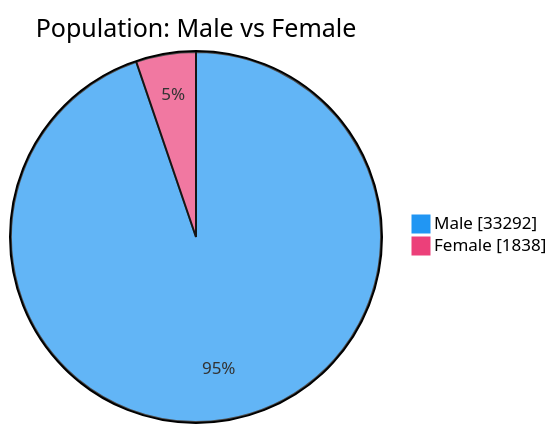
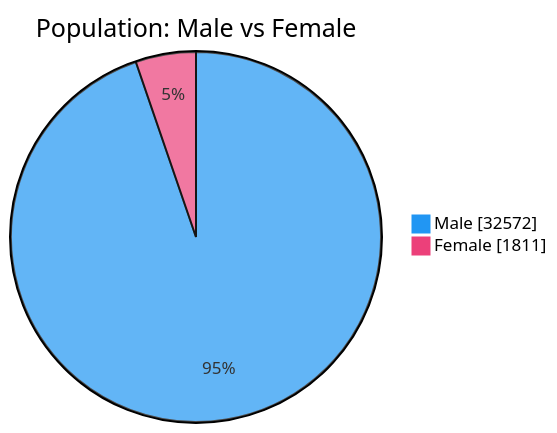
Before and after one commit to nuuuwan/lk_prisons: the second of 7 diagrams in README.md, drawn with Mermaid. The commit also changed other lines of this file and 1 other file, not shown here.

````diff
--- a/README.md
+++ b/README.md
@@ -54,6 +54,6 @@
 ```mermaid
 %%{init: {'themeVariables': {'pie1': '#2196F3', 'pie2': '#EC407A'}}}%%
 pie showData title Population: Male vs Female
-    "Male" : 33292
-    "Female" : 1838
+    "Male" : 32572
+    "Female" : 1811
 ```
````
